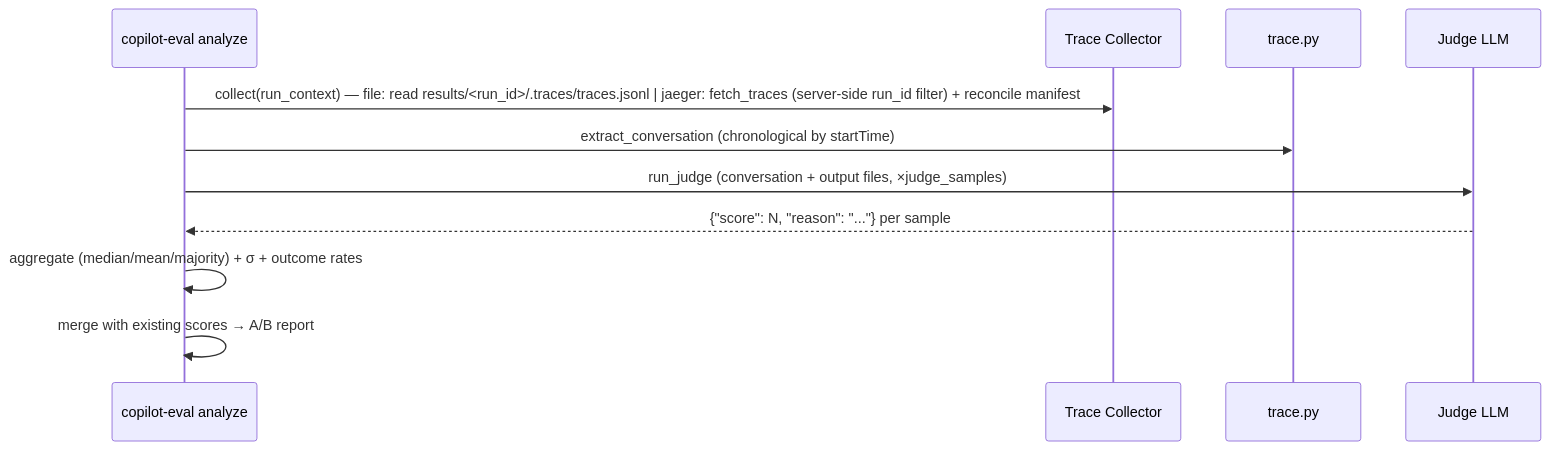
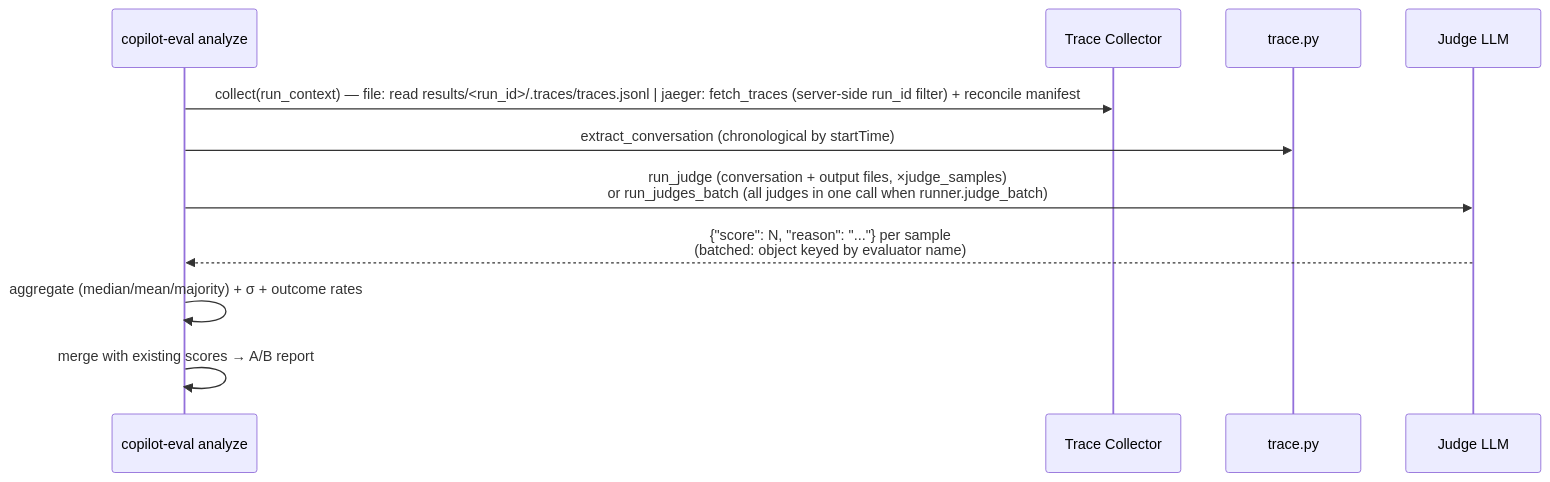
Before and after one commit to openjny/copilot-eval: the second of 2 diagrams in docs/architecture.md, drawn with Mermaid. The commit also changed 6 other files, not shown here.

First line of the commit message:
feat(runner): add opt-in batched judging (judge_batch)

````diff
--- a/docs/architecture.md
+++ b/docs/architecture.md
@@ -75,14 +75,14 @@
 ```mermaid
 sequenceDiagram
     participant CLI as copilot-eval analyze
     participant Collector as Trace Collector
     participant Trace as trace.py
     participant Judge as Judge LLM
 
     CLI->>Collector: collect(run_context) — file: read results/<run_id>/.traces/traces.jsonl | jaeger: fetch_traces (server-side run_id filter) + reconcile manifest
     CLI->>Trace: extract_conversation (chronological by startTime)
-    CLI->>Judge: run_judge (conversation + output files, ×judge_samples)
-    Judge-->>CLI: {"score": N, "reason": "..."} per sample
+    CLI->>Judge: run_judge (conversation + output files, ×judge_samples)<br/>or run_judges_batch (all judges in one call when runner.judge_batch)
+    Judge-->>CLI: {"score": N, "reason": "..."} per sample<br/>(batched: object keyed by evaluator name)
     CLI->>CLI: aggregate (median/mean/majority) + σ + outcome rates
     CLI->>CLI: merge with existing scores → A/B report
 ```
````
